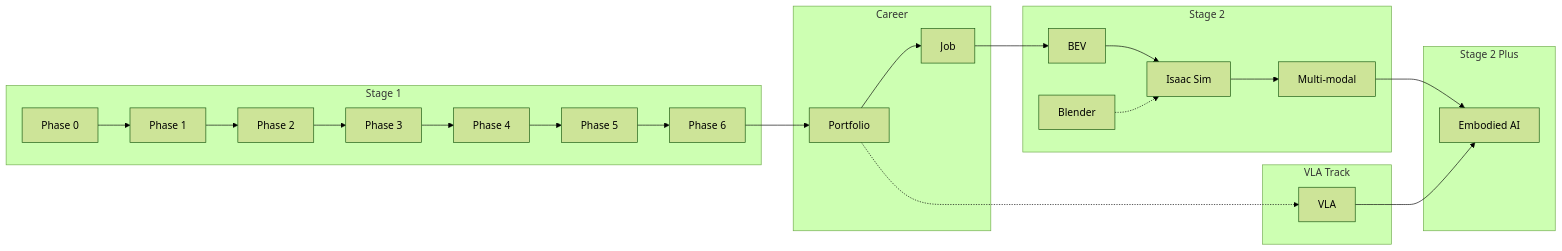
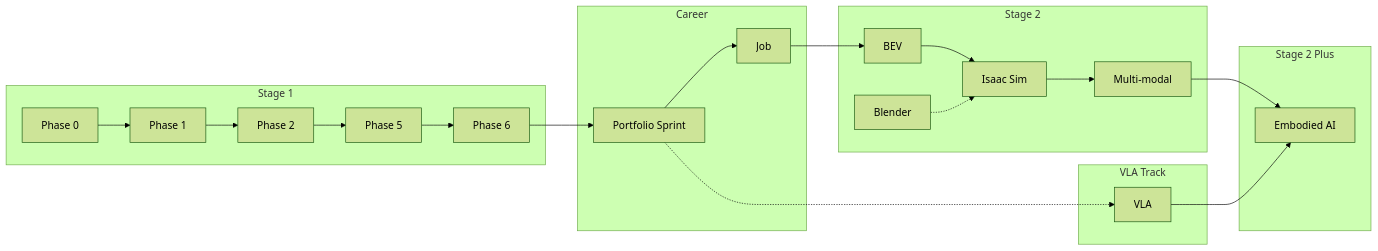
The diagram in README.md (tylee-yeonge/physical-ai-study), drawn with Mermaid (forest theme) before and after one commit. The commit also changed other lines of this file, not shown here.

````diff
--- a/README.md
+++ b/README.md
@@ -11,40 +11,38 @@
 ```mermaid
 graph LR
     subgraph Stage1[Stage 1]
         P0[Phase 0]
         P1[Phase 1]
         P2[Phase 2]
-        P3[Phase 3]
-        P4[Phase 4]
         P5[Phase 5]
         P6[Phase 6]
     end
 
     subgraph Career[Career]
-        Portfolio[Portfolio]
+        Sprint[Portfolio Sprint]
         Job[Job]
     end
 
     subgraph Stage2[Stage 2]
         BEV[BEV]
         Blender[Blender]
         Isaac[Isaac Sim]
         Multi[Multi-modal]
     end
 
     subgraph VLATrack[VLA Track]
         VLA[VLA]
     end
 
     subgraph Stage2Plus[Stage 2 Plus]
         Embodied[Embodied AI]
     end
 
-    P0 --> P1 --> P2 --> P3 --> P4 --> P5 --> P6
-    P6 --> Portfolio --> Job
-    Portfolio -.-> VLA
+    P0 --> P1 --> P2 --> P5 --> P6
+    P6 --> Sprint --> Job
+    Sprint -.-> VLA
     Job --> BEV --> Isaac --> Multi
     Blender -.-> Isaac
     Multi --> Embodied
     VLA --> Embodied
 ```
````
